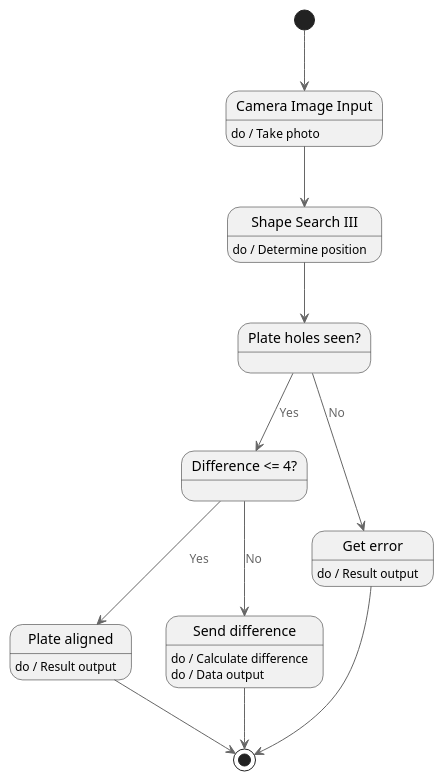
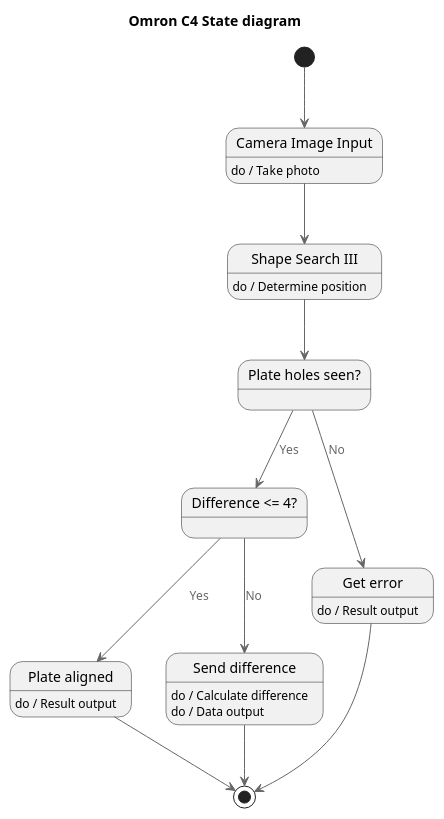
The diagram in C4 Model/OmronC4Code.puml (ricardosnabel/AWL-SPA), drawn with PlantUML before and after one commit. The commit also changed 12 other files, not shown here.

Commit message:
Added titles to the diagrams

```diff
--- a/C4 Model/OmronC4Code.puml
+++ b/C4 Model/OmronC4Code.puml
@@ -1,25 +1,27 @@
 @startuml OmronController
 !include https://raw.githubusercontent.com/plantuml-stdlib/C4-PlantUML/master/C4.puml
+
+title Omron C4 State diagram
 
 state "Plate holes seen?" as holescheck
 state "Difference <= 4?" as differencecheck
 
 state "Camera Image Input" as camerainput : do / Take photo
 state "Shape Search III" as shapesearchIII : do / Determine position
 state "Get error" as resulterror : do / Result output
 state "Plate aligned" as resultoutput : do / Result output
 state "Send difference" as dataoutput : do / Calculate difference
 dataoutput : do / Data output
 
 [*] --> camerainput
 camerainput --> shapesearchIII
 shapesearchIII --> holescheck
 holescheck --> differencecheck : Yes
 holescheck --> resulterror : No
 differencecheck --> dataoutput : No
 differencecheck --> resultoutput : Yes
 dataoutput --> [*]
 resultoutput --> [*]
 resulterror --> [*]
 
 @enduml
```
